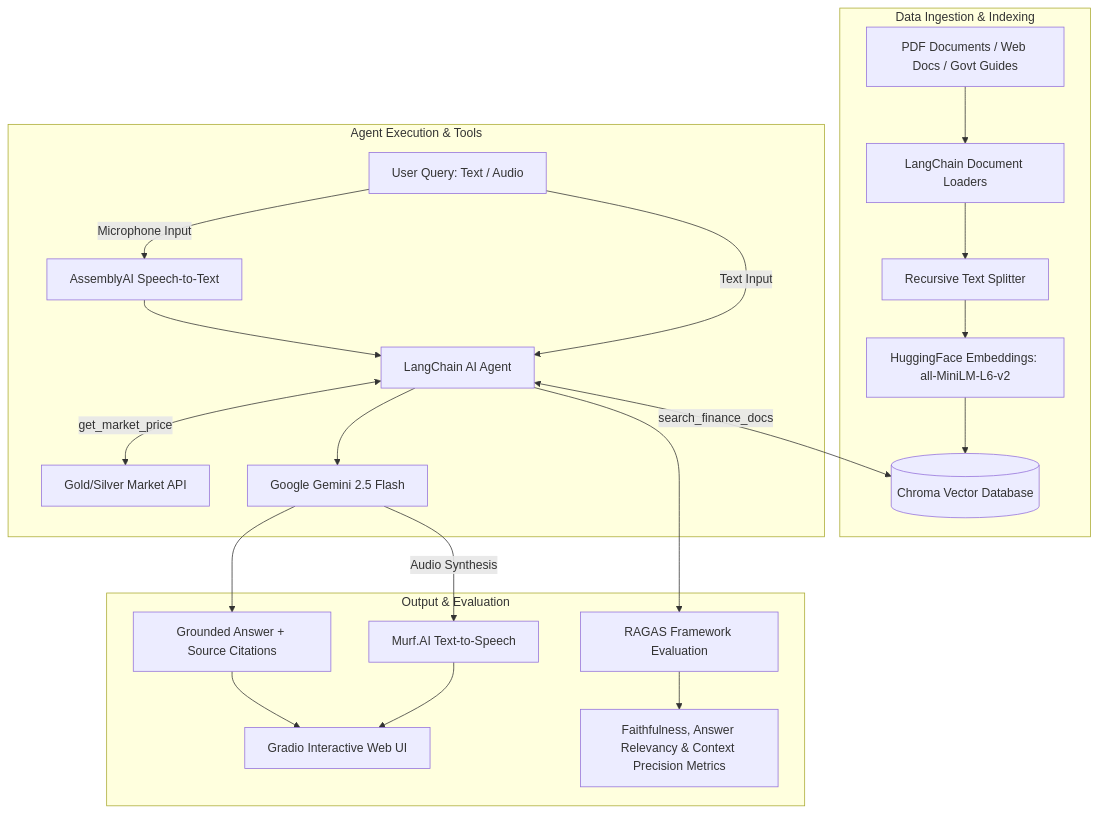
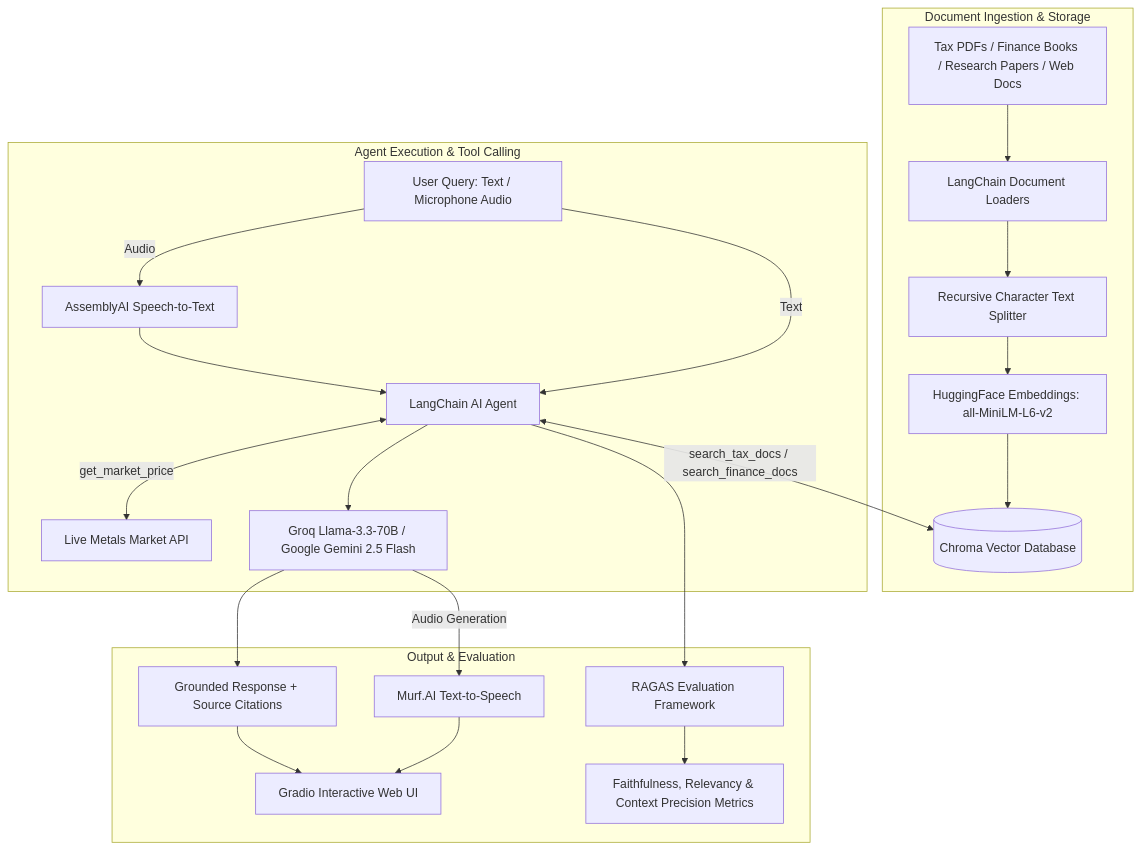
The diagram in README.md (charansridev/AI-Agents), drawn with Mermaid before and after one commit. The commit also changed other lines of this file, not shown here.

Commit message:
Update README with Groq Llama-3.3-70B Personal Tax AI Advisor, folder structure, and architecture diagram

````diff
--- a/README.md
+++ b/README.md
@@ -13,27 +13,27 @@
 ```mermaid
 flowchart TD
-    subgraph Data Ingestion & Indexing
-        A1[PDF Documents / Web Docs / Govt Guides] --> B[LangChain Document Loaders]
-        B --> C[Recursive Text Splitter]
+    subgraph Document Ingestion & Storage
+        A1[Tax PDFs / Finance Books / Research Papers / Web Docs] --> B[LangChain Document Loaders]
+        B --> C[Recursive Character Text Splitter]
         C --> D[HuggingFace Embeddings: all-MiniLM-L6-v2]
         D --> E[(Chroma Vector Database)]
     end
 
-    subgraph Agent Execution & Tools
-        F[User Query: Text / Audio] -->|Microphone Input| G[AssemblyAI Speech-to-Text]
+    subgraph Agent Execution & Tool Calling
+        F[User Query: Text / Microphone Audio] -->|Audio| G[AssemblyAI Speech-to-Text]
         G --> H[LangChain AI Agent]
-        F -->|Text Input| H
-        H <-->|search_finance_docs| E
-        H <-->|get_market_price| I[Gold/Silver Market API]
-        H --> J[Google Gemini 2.5 Flash]
+        F -->|Text| H
+        H <-->|search_tax_docs / search_finance_docs| E
+        H <-->|get_market_price| I[Live Metals Market API]
+        H --> J[Groq Llama-3.3-70B / Google Gemini 2.5 Flash]
     end
 
     subgraph Output & Evaluation
-        J --> K[Grounded Answer + Source Citations]
-        J -->|Audio Synthesis| L[Murf.AI Text-to-Speech]
+        J --> K[Grounded Response + Source Citations]
+        J -->|Audio Generation| L[Murf.AI Text-to-Speech]
         K --> M[Gradio Interactive Web UI]
         L --> M
-        H --> N[RAGAS Framework Evaluation]
-        N --> O[Faithfulness, Answer Relevancy & Context Precision Metrics]
+        H --> N[RAGAS Evaluation Framework]
+        N --> O[Faithfulness, Relevancy & Context Precision Metrics]
     end
 ```
````
